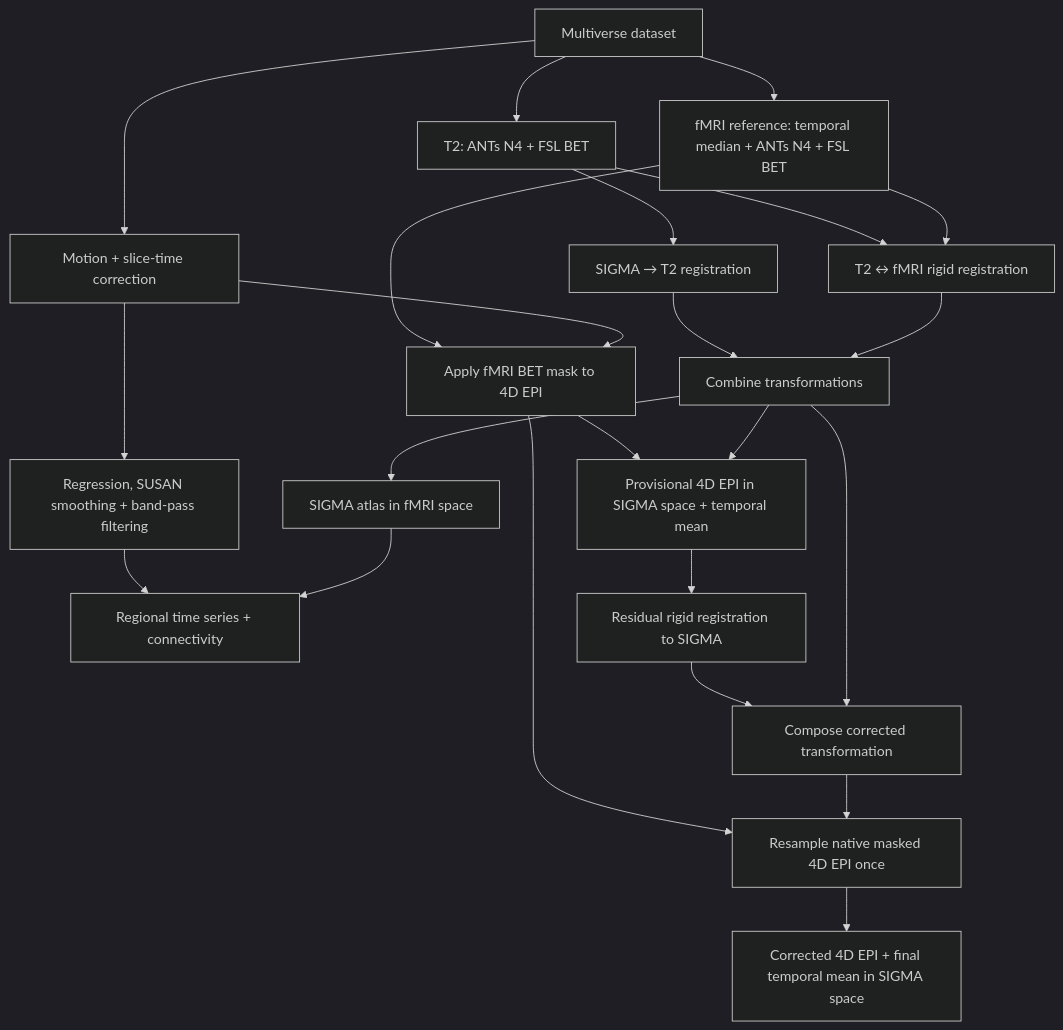
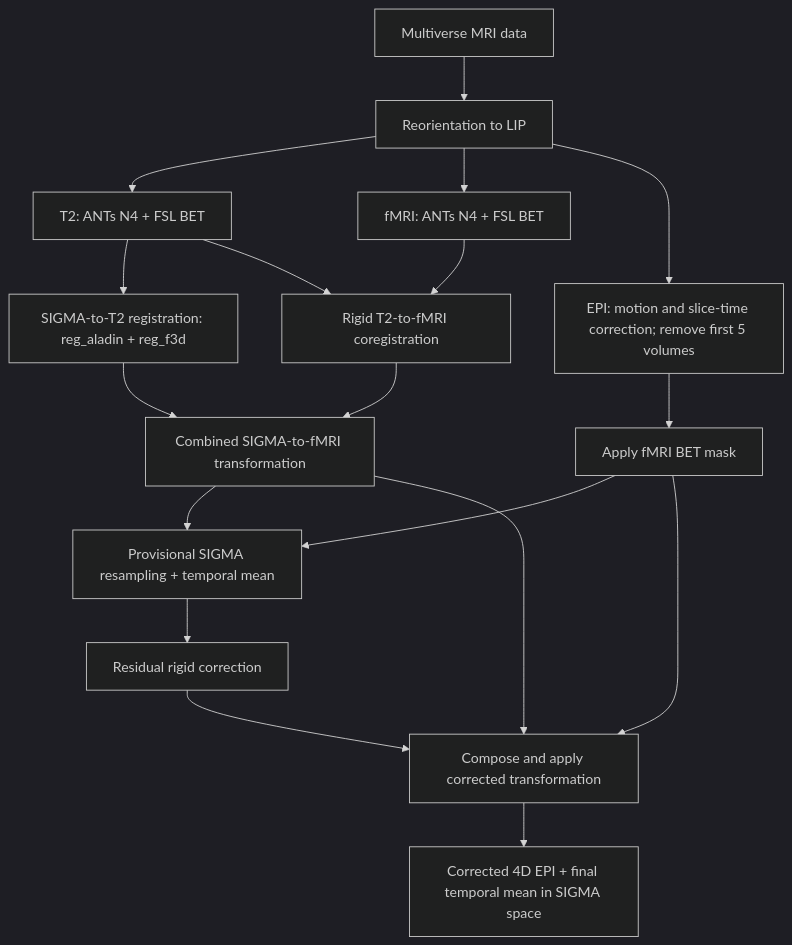
One commit to cramerjulian21c/AIDAmri_julian changed the diagram in multiverse_description.md. Above: the diagram before and after it, drawn with Mermaid (dark theme). The commit also changed other lines of this file, not shown here.

Commit message:
feat: update multiverse_description.md to clarify data preprocessing steps and enhance flowchart representation

````diff
--- a/multiverse_description.md
+++ b/multiverse_description.md
@@ -89,28 +81,23 @@
 ```mermaid
 flowchart TD
-    DATA["Multiverse dataset"] --> T2["T2: ANTs N4 + FSL BET"]
-    T2 --> T2REG["SIGMA → T2 registration"]
+    DATA["Multiverse MRI data"] --> ORIENT["Reorientation to LIP"]
 
-    DATA --> FREF["fMRI reference: temporal median + ANTs N4 + FSL BET"]
-    T2 --> FMREG["T2 ↔ fMRI rigid registration"]
-    FREF --> FMREG
-    T2REG --> COMP["Combine transformations"]
+    ORIENT --> T2["T2: ANTs N4 + FSL BET"]
+    T2 --> T2REG["SIGMA-to-T2 registration: reg_aladin + reg_f3d"]
+
+    ORIENT --> FMRI["fMRI: ANTs N4 + FSL BET"]
+    T2 --> FMREG["Rigid T2-to-fMRI coregistration"]
+    FMRI --> FMREG
+    T2REG --> COMP["Combined SIGMA-to-fMRI transformation"]
     FMREG --> COMP
-    COMP --> ATLAS["SIGMA atlas in fMRI space"]
 
-    DATA --> EPI["Motion + slice-time correction"]
-    EPI --> ANALYSIS["Regression, SUSAN smoothing + band-pass filtering"]
-    ANALYSIS --> FC["Regional time series + connectivity"]
-    ATLAS --> FC
-
-    FREF --> BETMASK["Apply fMRI BET mask to 4D EPI"]
-    EPI --> BETMASK
-    BETMASK --> PROVISIONAL["Provisional 4D EPI in SIGMA space + temporal mean"]
+    ORIENT --> EPI["EPI: motion and slice-time correction; remove first 5 volumes"]
+    EPI --> MASK["Apply fMRI BET mask"]
+    MASK --> PROVISIONAL["Provisional SIGMA resampling + temporal mean"]
     COMP --> PROVISIONAL
-    PROVISIONAL --> RIGID["Residual rigid registration to SIGMA"]
-    RIGID --> COMPCORR["Compose corrected transformation"]
-    COMP --> COMPCORR
-    BETMASK --> EXPORT["Resample native masked 4D EPI once"]
-    COMPCORR --> EXPORT
-    EXPORT --> SIGMA["Corrected 4D EPI + final temporal mean in SIGMA space"]
+    PROVISIONAL --> RIGID["Residual rigid correction"]
+    RIGID --> CORRECTED["Compose and apply corrected transformation"]
+    COMP --> CORRECTED
+    MASK --> CORRECTED
+    CORRECTED --> OUTPUT["Corrected 4D EPI + final temporal mean in SIGMA space"]
 ```
````
